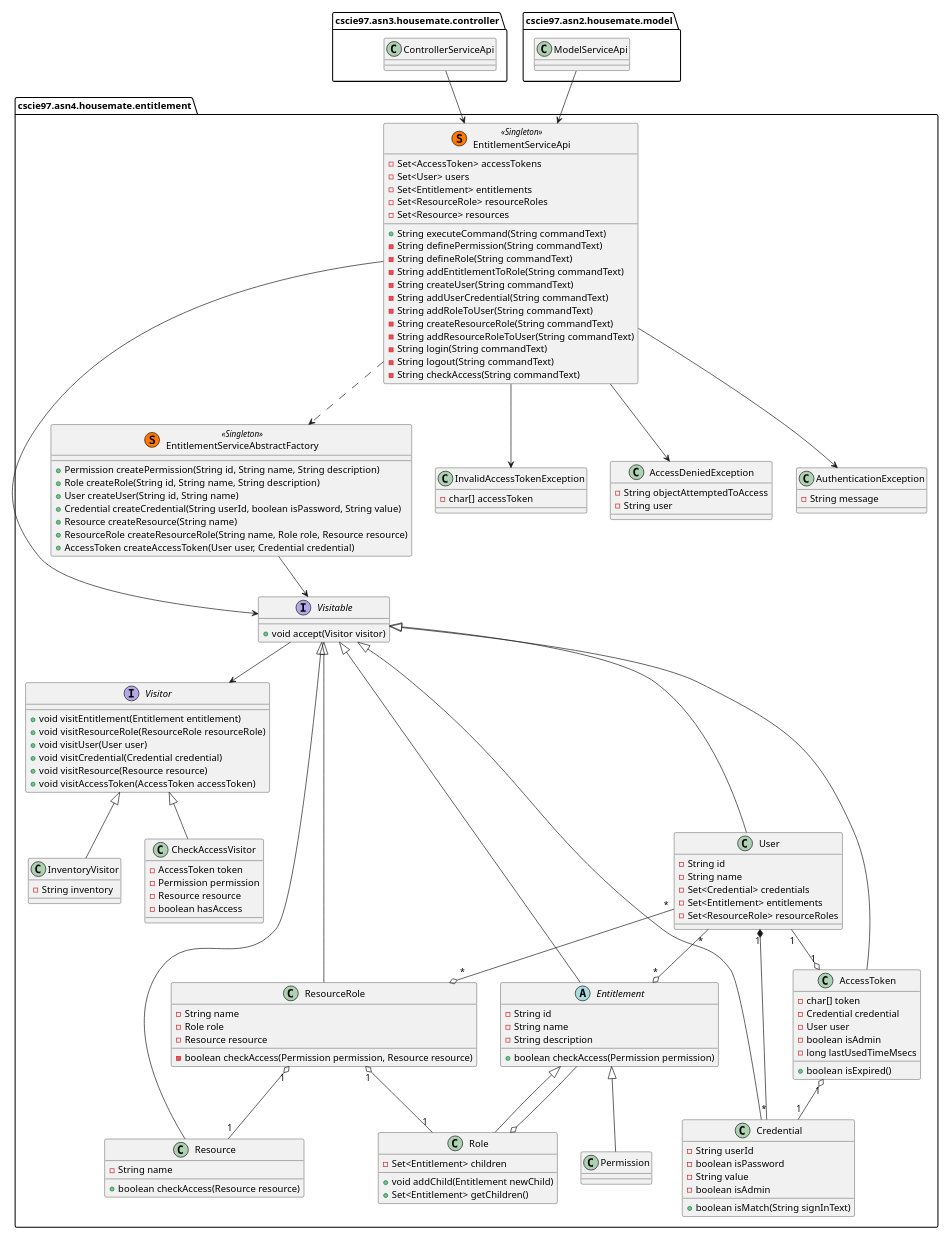
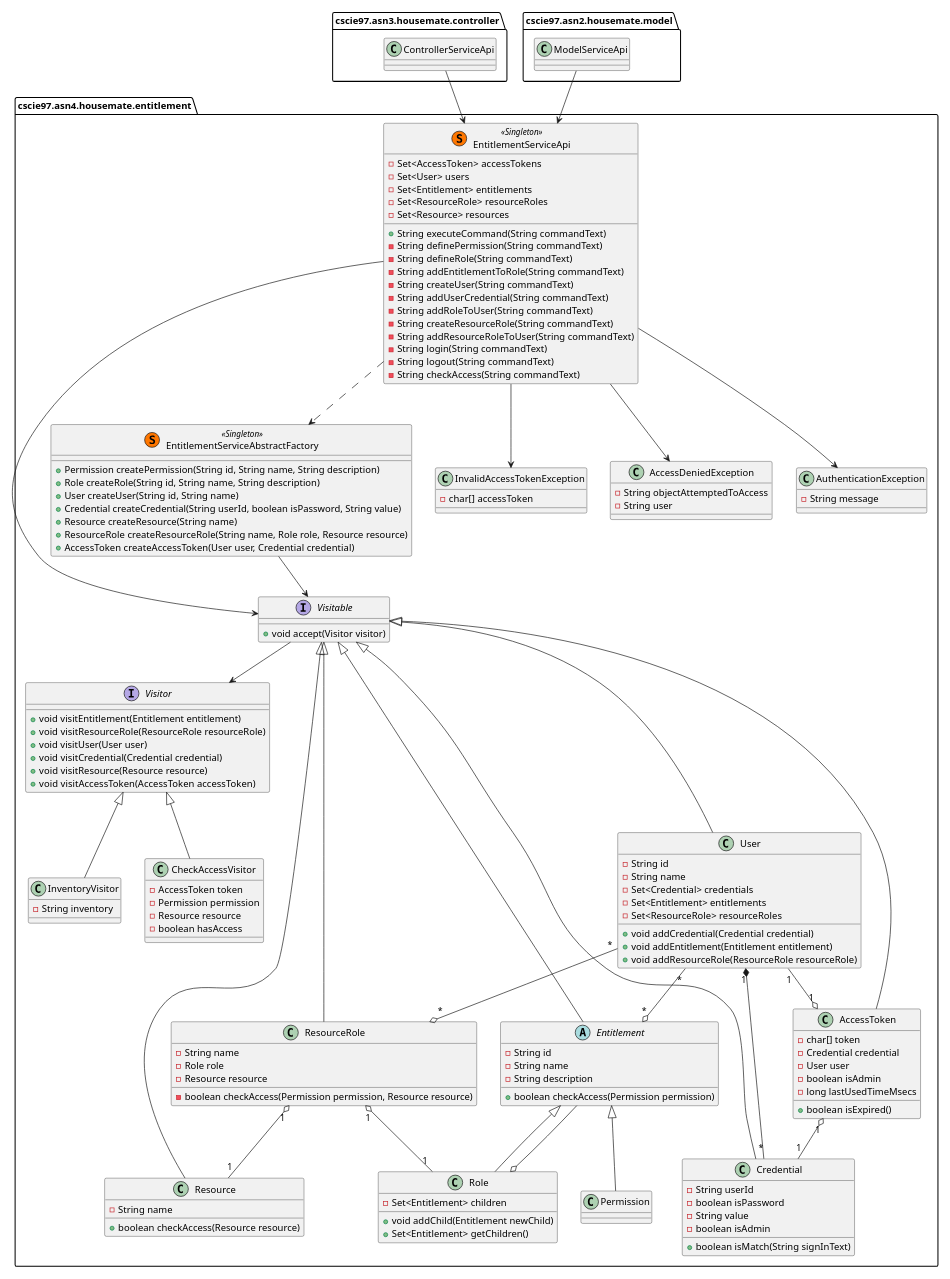
Before and after one commit to erikorlowski/cscie97: the second of 3 diagrams in cscie97/asn4/Design.md, drawn with PlantUML. The commit also changed other lines of this file and 1 other file, not shown here.

```diff
--- a/cscie97/asn4/Design.md
+++ b/cscie97/asn4/Design.md
@@ -434,6 +434,9 @@
         - Set<Credential> credentials
         - Set<Entitlement> entitlements
         - Set<ResourceRole> resourceRoles
+        + void addCredential(Credential credential)
+        + void addEntitlement(Entitlement entitlement)
+        + void addResourceRole(ResourceRole resourceRole)
     }
 
     class AccessToken {
```
